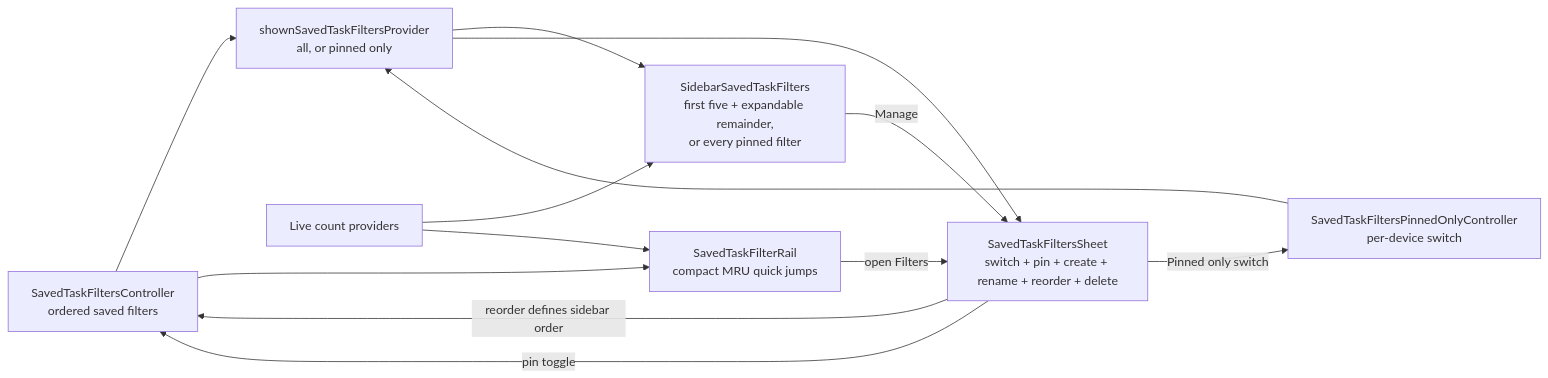
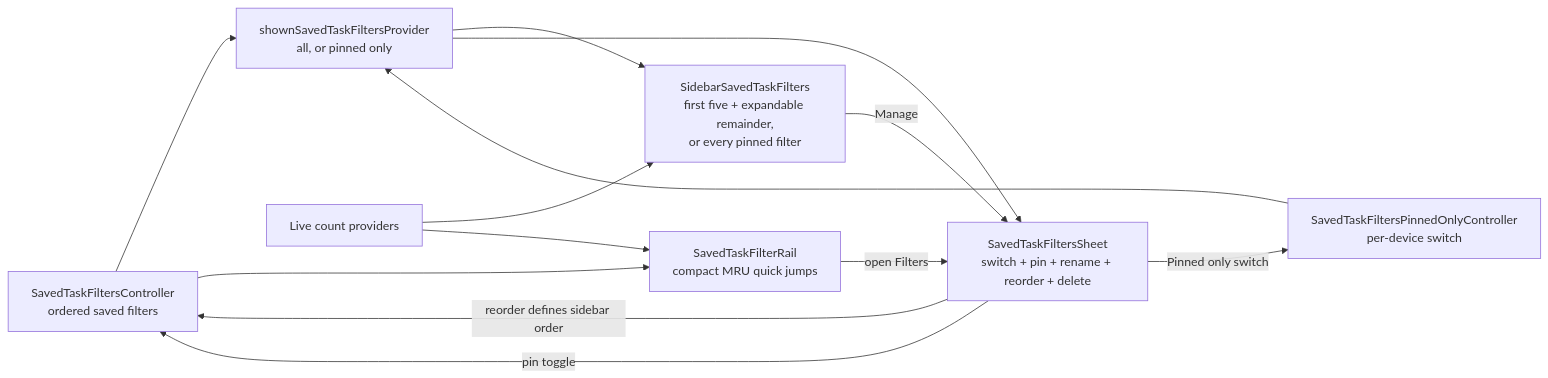
Before and after one commit to matthiasn/lotti: the fifth of 7 diagrams in knowledge/features/tasks/filtering.md, drawn with Mermaid. The commit also changed other lines of this file and 28 other files, not shown here.

First line of the commit message:
feat(tasks): swipe to pin or delete; the sheet no longer creates filters

````diff
--- a/knowledge/features/tasks/filtering.md
+++ b/knowledge/features/tasks/filtering.md
@@ -306,23 +306,23 @@
 ```mermaid
 flowchart LR
   State[SavedTaskFiltersController<br/>ordered saved filters]
   PinnedOnly[SavedTaskFiltersPinnedOnlyController<br/>per-device switch]
   Shown[shownSavedTaskFiltersProvider<br/>all, or pinned only]
   Counts[Live count providers]
   Desktop[SidebarSavedTaskFilters<br/>first five + expandable remainder,<br/>or every pinned filter]
   Mobile[SavedTaskFilterRail<br/>compact MRU quick jumps]
-  Sheet[SavedTaskFiltersSheet<br/>switch + pin + create + rename + reorder + delete]
+  Sheet[SavedTaskFiltersSheet<br/>switch + pin + rename + reorder + delete]
 
   State --> Shown
   PinnedOnly --> Shown
   Shown --> Desktop
   Shown --> Sheet
   Counts --> Desktop
   State --> Mobile
   Counts --> Mobile
   Desktop -->|Manage| Sheet
   Mobile -->|open Filters| Sheet
   Sheet -->|reorder defines sidebar order| State
   Sheet -->|pin toggle| State
   Sheet -->|Pinned only switch| PinnedOnly
 ```
````
